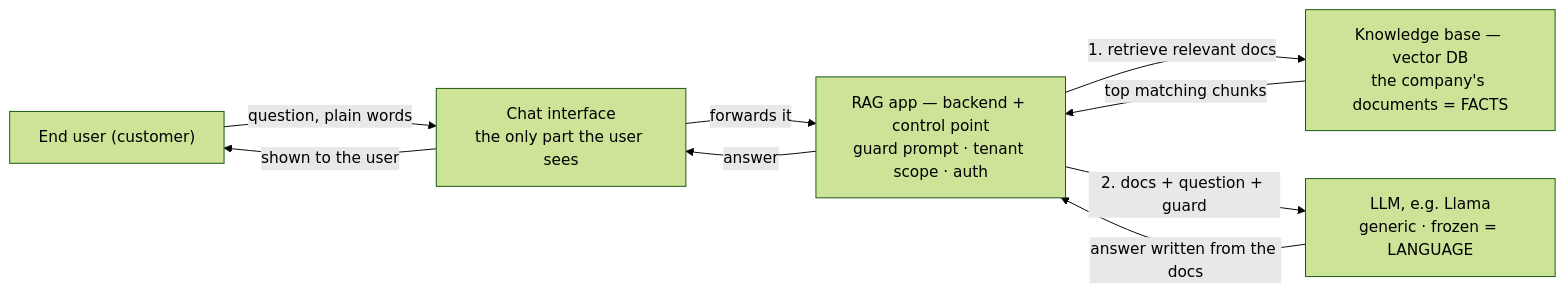
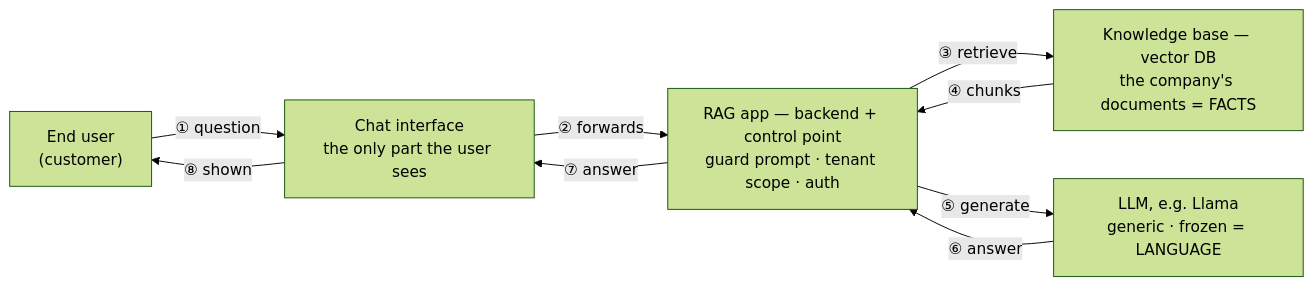
The first of 11 diagrams in lab-journal/rag-and-ai-probe.md (ryayres-fox/Security), drawn with Mermaid (forest theme) before and after one commit. The commit also changed other lines of this file and 5 other files, not shown here.

First line of the commit message:
Lab journal: legible diagrams, and the agentic-services page (#90)

````diff
--- a/lab-journal/rag-and-ai-probe.md
+++ b/lab-journal/rag-and-ai-probe.md
@@ -17,10 +17,11 @@
 ```mermaid
 graph LR
-  USER["End user (customer)"] -->|"question, plain words"| UI["Chat interface<br/>the only part the user sees"]
-  UI -->|"forwards it"| RAG["RAG app — backend + control point<br/>guard prompt · tenant scope · auth"]
-  RAG -->|"1. retrieve relevant docs"| KB["Knowledge base — vector DB<br/>the company's documents = FACTS"]
-  KB -->|"top matching chunks"| RAG
-  RAG -->|"2. docs + question + guard"| MODEL["LLM, e.g. Llama<br/>generic · frozen = LANGUAGE"]
-  MODEL -->|"answer written from the docs"| RAG
-  RAG -->|"answer"| UI -->|"shown to the user"| USER
+  USER["End user<br/>(customer)"] -->|"① question"| UI["Chat interface<br/>the only part the user sees"]
+  UI -->|"② forwards"| RAG["RAG app — backend + control point<br/>guard prompt · tenant scope · auth"]
+  RAG -->|"③ retrieve"| KB["Knowledge base — vector DB<br/>the company's documents = FACTS"]
+  KB -->|"④ chunks"| RAG
+  RAG -->|"⑤ generate"| MODEL["LLM, e.g. Llama<br/>generic · frozen = LANGUAGE"]
+  MODEL -->|"⑥ answer"| RAG
+  RAG -->|"⑦ answer"| UI
+  UI -->|"⑧ shown"| USER
 ```
````
